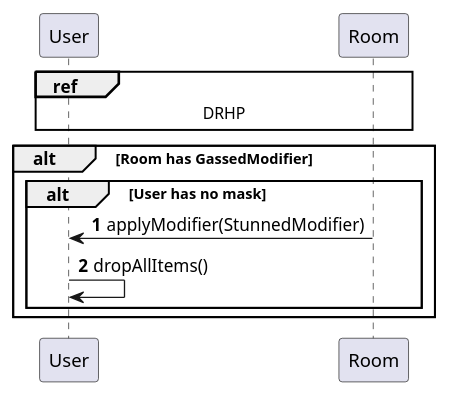
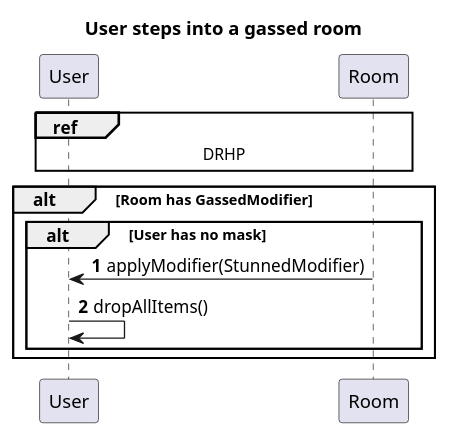
The diagram in resources/sequence_diagrams/gassed_room.puml (MysticMazeEducators/.github), drawn with PlantUML before and after one commit. The commit also changed 5 other files, not shown here.

```diff
--- a/resources/sequence_diagrams/gassed_room.puml
+++ b/resources/sequence_diagrams/gassed_room.puml
@@ -1,16 +1,16 @@
 @startuml
 'https://plantuml.com/sequence-diagram
-
+title User steps into a gassed room
 autonumber
 
 participant "User" as U
 participant "Room" as R
 
 ref over U, R: DRHP
 alt Room has GassedModifier
     alt User has no mask
         R -> U: applyModifier(StunnedModifier)
         U -> U: dropAllItems()
     end
 end
 @enduml
```
